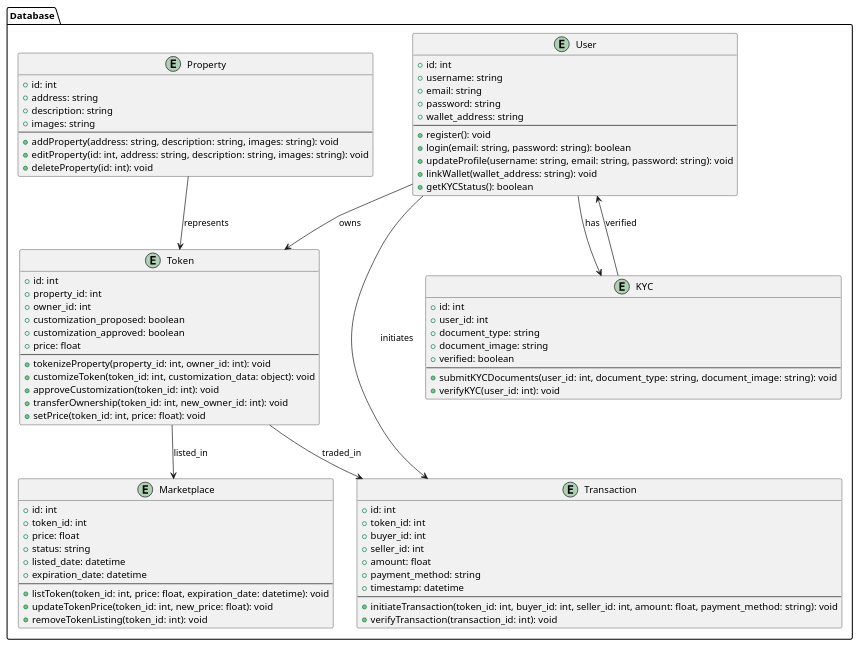
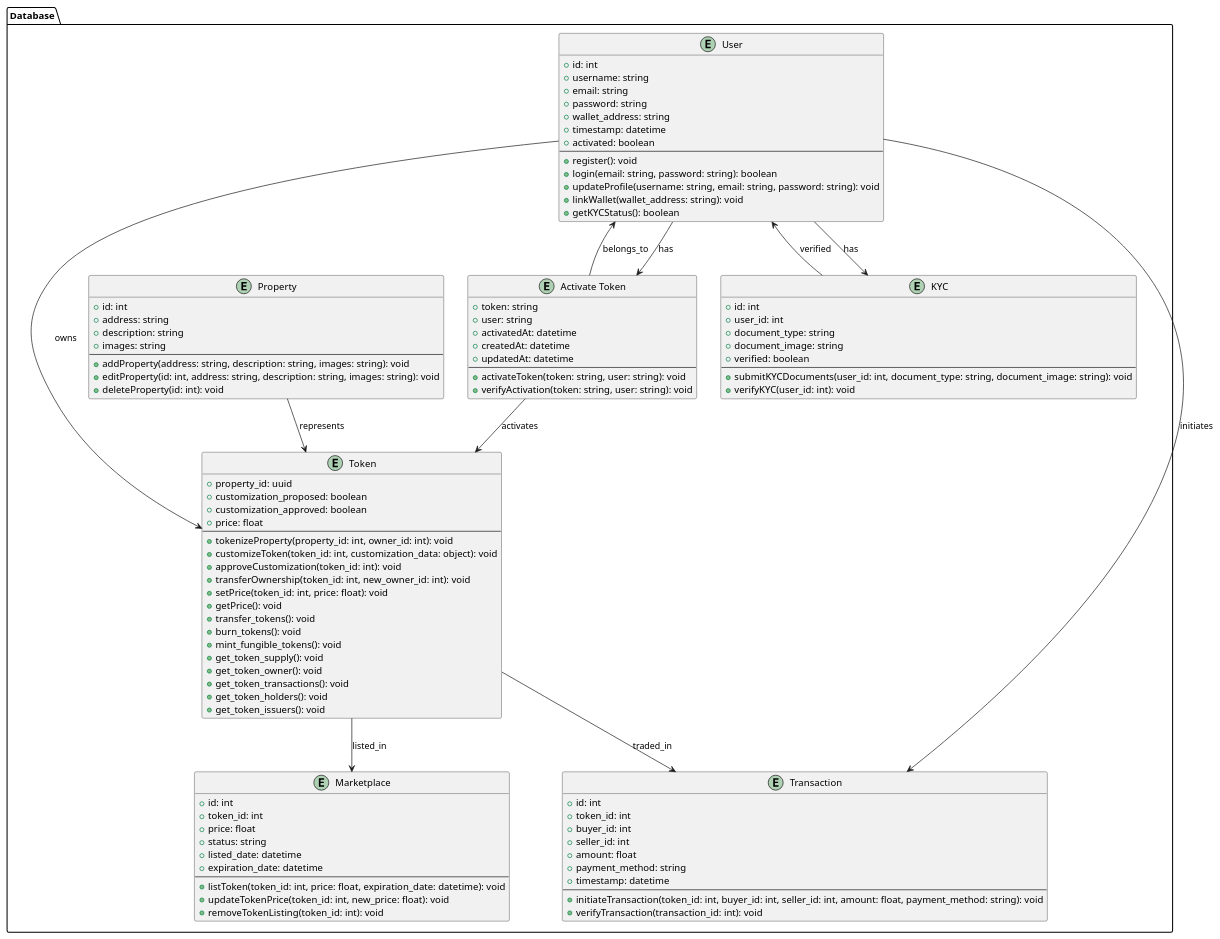
The diagram in Diagrams/Database_diagram.puml (reft-natan-m/reft), drawn with PlantUML before and after one commit.

Commit message:
Diagram Updated

```diff
--- a/Diagrams/Database_diagram.puml
+++ b/Diagrams/Database_diagram.puml
@@ -1,92 +1,113 @@
 @startuml
-
 package "Database" {
   
   entity "User" {
     + id: int
     + username: string
     + email: string
     + password: string
     + wallet_address: string
+    + timestamp: datetime
+    + activated: boolean
     --
     + register(): void
     + login(email: string, password: string): boolean
     + updateProfile(username: string, email: string, password: string): void
     + linkWallet(wallet_address: string): void
     + getKYCStatus(): boolean
   }
   
   entity "Property" {
     + id: int
     + address: string
     + description: string
     + images: string
     --
     + addProperty(address: string, description: string, images: string): void
     + editProperty(id: int, address: string, description: string, images: string): void
     + deleteProperty(id: int): void
   }
   
   entity "Token" {
-    + id: int
-    + property_id: int
-    + owner_id: int
+    + property_id: uuid
     + customization_proposed: boolean
     + customization_approved: boolean
     + price: float
     --
     + tokenizeProperty(property_id: int, owner_id: int): void
     + customizeToken(token_id: int, customization_data: object): void
     + approveCustomization(token_id: int): void
     + transferOwnership(token_id: int, new_owner_id: int): void
     + setPrice(token_id: int, price: float): void
+    + getPrice(): void
+    + transfer_tokens(): void
+    + burn_tokens(): void
+    + mint_fungible_tokens(): void
+    + get_token_supply(): void
+    + get_token_owner(): void
+    + get_token_transactions(): void
+    + get_token_holders(): void
+    + get_token_issuers(): void
   }
   
   entity "Transaction" {
     + id: int
     + token_id: int
     + buyer_id: int
     + seller_id: int
     + amount: float
     + payment_method: string
     + timestamp: datetime
     --
     + initiateTransaction(token_id: int, buyer_id: int, seller_id: int, amount: float, payment_method: string): void
     + verifyTransaction(transaction_id: int): void
   }
   
   entity "KYC" {
     + id: int
     + user_id: int
     + document_type: string
     + document_image: string
     + verified: boolean
     --
     + submitKYCDocuments(user_id: int, document_type: string, document_image: string): void
     + verifyKYC(user_id: int): void
   }
   
   entity "Marketplace" {
     + id: int
     + token_id: int
     + price: float
     + status: string
     + listed_date: datetime
     + expiration_date: datetime
     --
     + listToken(token_id: int, price: float, expiration_date: datetime): void
     + updateTokenPrice(token_id: int, new_price: float): void
     + removeTokenListing(token_id: int): void
   }
   
+  entity "Activate Token" {
+    + token: string
+    + user: string
+    + activatedAt: datetime
+    + createdAt: datetime
+    + updatedAt: datetime
+    --
+    + activateToken(token: string, user: string): void
+    + verifyActivation(token: string, user: string): void
+  }
+  
   User --> Token : owns
   Property --> Token : represents
   User --> KYC : has
   KYC --> User : verified
   User --> Transaction : initiates
   Token --> Marketplace : listed_in
   Token --> Transaction : traded_in
-  
+  "Activate Token"--> Token : activates
+  "Activate Token" --> User : belongs_to
+  User --> "Activate Token" : has
+
 }
-
 @enduml
```
